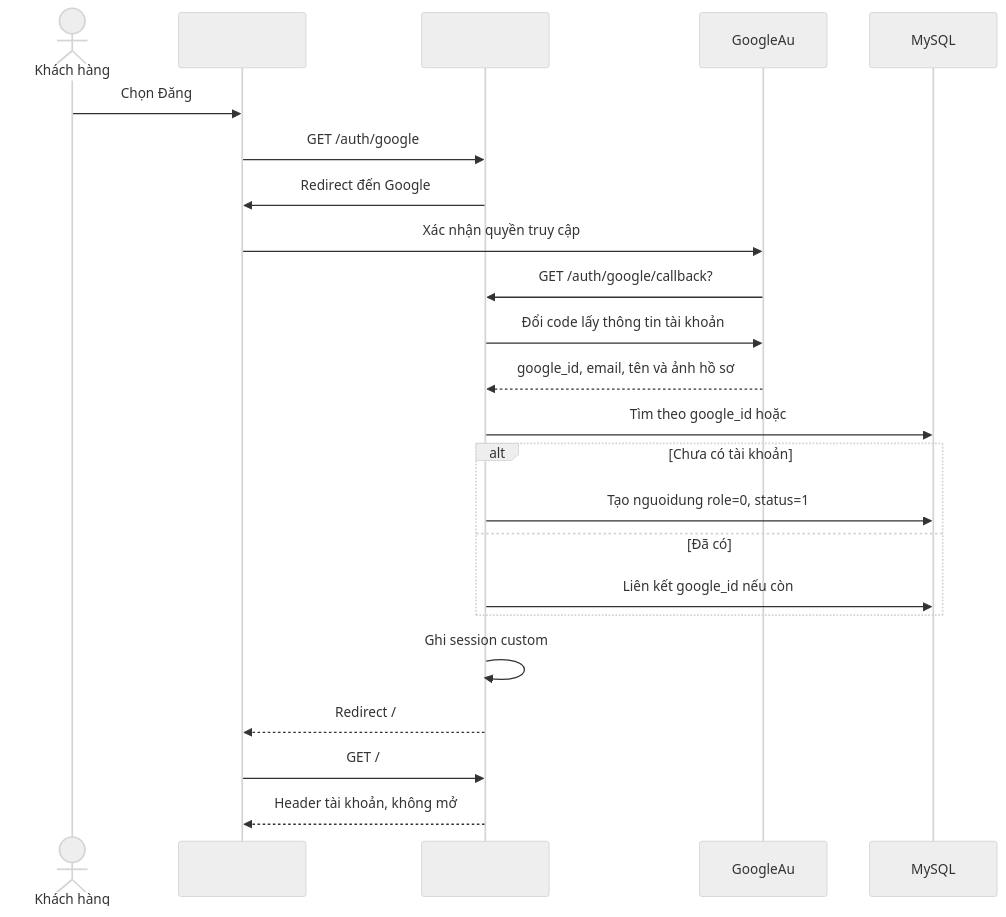
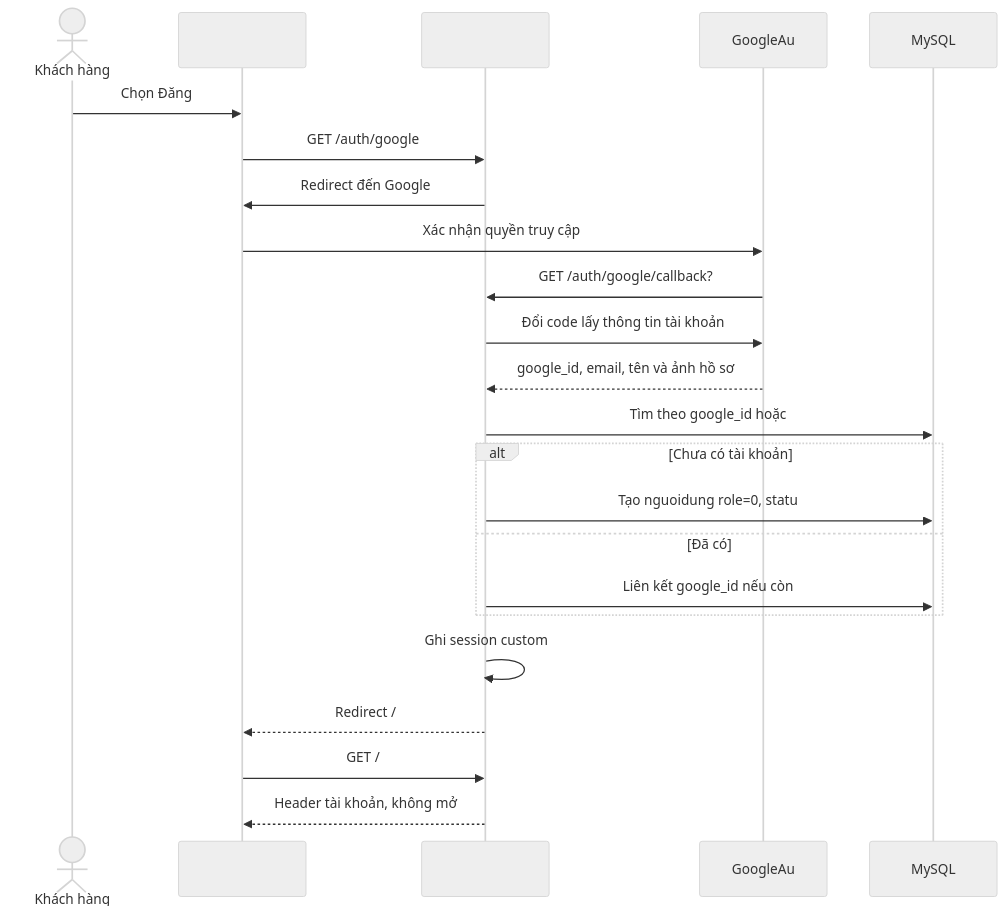
The third of 4 diagrams in README.md (ThuanDepzai03/DuAnTotNghiep), drawn with Mermaid (neutral theme) before and after one commit.

Commit message:
sửa sản phẩm

````diff
--- a/README.md
+++ b/README.md
@@ -715,26 +715,26 @@
 ```mermaid
 sequenceDiagram
         actor Customer as Khách hàng
         participant Browser as 
         participant Laravel as
         participant Google as GoogleAu
         participant DB as MySQL
 
         Customer->>Browser: Chọn Đăng
         Browser->>Laravel: GET /auth/google
         Laravel->>Browser: Redirect đến Google
         Browser->>Google: Xác nhận quyền truy cập
         Google->>Laravel: GET /auth/google/callback?
         Laravel->>Google: Đổi code lấy thông tin tài khoản
         Google-->>Laravel: google_id, email, tên và ảnh hồ sơ
         Laravel->>DB: Tìm theo google_id hoặc
         alt Chưa có tài khoản
-                Laravel->>DB: Tạo nguoidung role=0, status=1
+                Laravel->>DB: Tạo nguoidung role=0, statu
         else Đã có
                 Laravel->>DB: Liên kết google_id nếu còn 
         end
         Laravel->>Laravel: Ghi session custom
         Laravel-->>Browser: Redirect /
         Browser->>Laravel: GET /
         Laravel-->>Browser: Header tài khoản, không mở
 ```
````
